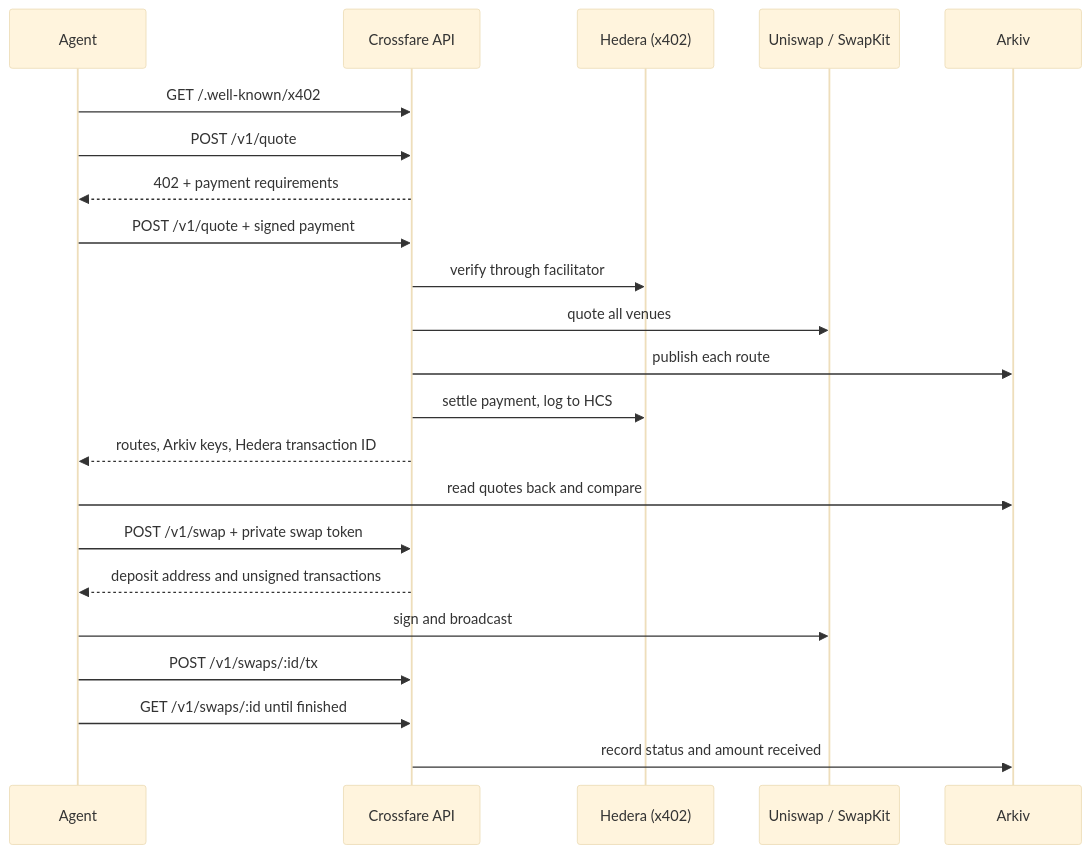
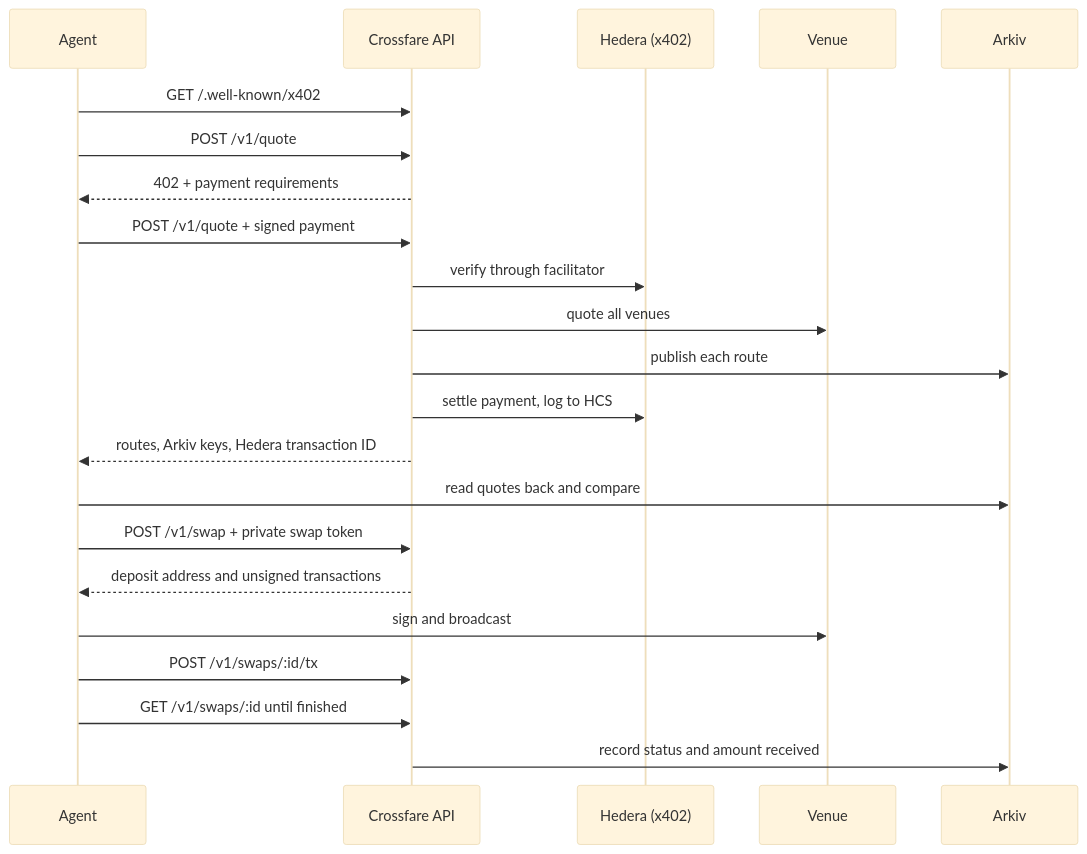
One commit to Paulie-Aditya/CrossFare changed the second of 2 diagrams in README.md. Above: the diagram before and after it, drawn with Mermaid (base theme). The commit also changed other lines of this file and 9 other files, not shown here.

First line of the commit message:
feat(api): quote NEAR Intents and THORChain directly, SwapKit as fallback

````diff
--- a/README.md
+++ b/README.md
@@ -73,24 +74,24 @@
 ```mermaid
 sequenceDiagram
     participant A as Agent
     participant C as Crossfare API
     participant H as Hedera (x402)
-    participant V as Uniswap / SwapKit
+    participant V as Venue
     participant K as Arkiv
     A->>C: GET /.well-known/x402
     A->>C: POST /v1/quote
     C-->>A: 402 + payment requirements
     A->>C: POST /v1/quote + signed payment
     C->>H: verify through facilitator
     C->>V: quote all venues
     C->>K: publish each route
     C->>H: settle payment, log to HCS
     C-->>A: routes, Arkiv keys, Hedera transaction ID
     A->>K: read quotes back and compare
     A->>C: POST /v1/swap + private swap token
     C-->>A: deposit address and unsigned transactions
     A->>V: sign and broadcast
     A->>C: POST /v1/swaps/:id/tx
     A->>C: GET /v1/swaps/:id until finished
     C->>K: record status and amount received
 ```
````
